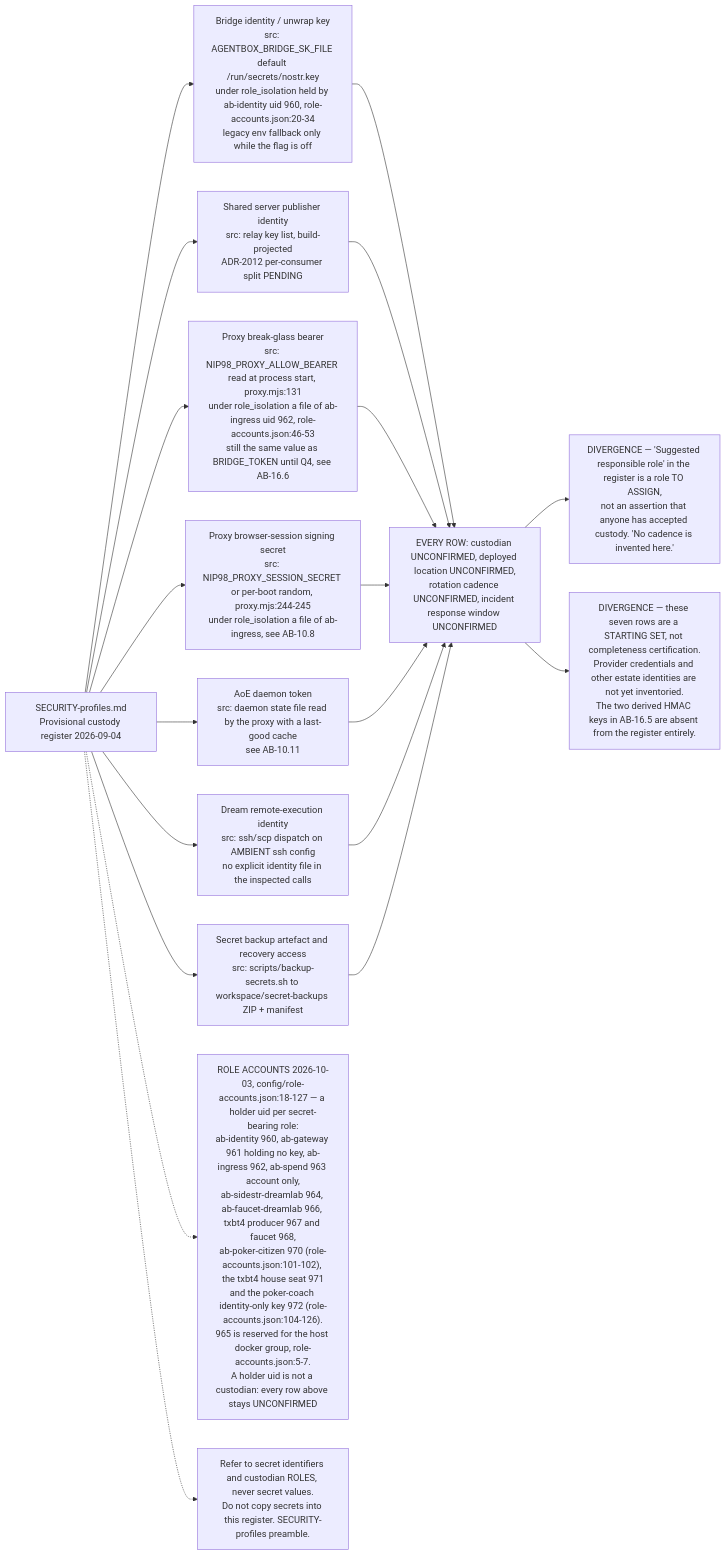
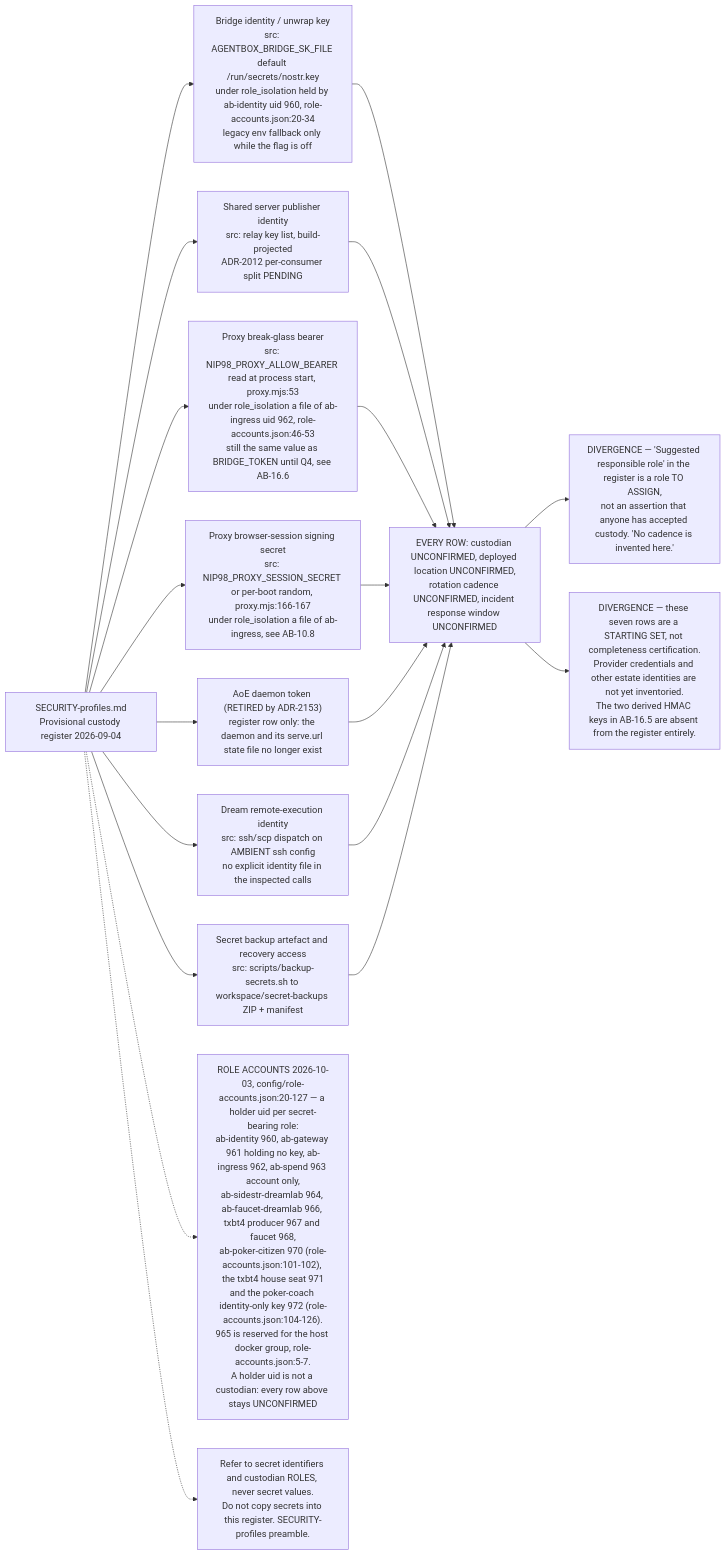
One commit to DreamLab-AI/VisionFlow changed the ninth of 14 diagrams in docs/diagrams/agentbox/16-secrets-custody-seccomp-profiles.md. Above: the diagram before and after it, drawn with Mermaid. The commit also changed other lines of this file and 145 other files, not shown here.

````diff
--- a/docs/diagrams/agentbox/16-secrets-custody-seccomp-profiles.md
+++ b/docs/diagrams/agentbox/16-secrets-custody-seccomp-profiles.md
@@ -356,22 +359,22 @@
 ```mermaid
 flowchart LR
     R["SECURITY-profiles.md<br/>Provisional custody register 2026-09-04"]
     R --> C1["Bridge identity / unwrap key<br/>src: AGENTBOX_BRIDGE_SK_FILE default /run/secrets/nostr.key<br/>under role_isolation held by ab-identity uid 960, role-accounts.json:20-34<br/>legacy env fallback only while the flag is off"]
     R --> C2["Shared server publisher identity<br/>src: relay key list, build-projected<br/>ADR-2012 per-consumer split PENDING"]
-    R --> C3["Proxy break-glass bearer<br/>src: NIP98_PROXY_ALLOW_BEARER read at process start, proxy.mjs:131<br/>under role_isolation a file of ab-ingress uid 962, role-accounts.json:46-53<br/>still the same value as BRIDGE_TOKEN until Q4, see AB-16.6"]
-    R --> C4["Proxy browser-session signing secret<br/>src: NIP98_PROXY_SESSION_SECRET or per-boot random, proxy.mjs:244-245<br/>under role_isolation a file of ab-ingress, see AB-10.8"]
-    R --> C5["AoE daemon token<br/>src: daemon state file read by the proxy with a last-good cache<br/>see AB-10.11"]
+    R --> C3["Proxy break-glass bearer<br/>src: NIP98_PROXY_ALLOW_BEARER read at process start, proxy.mjs:53<br/>under role_isolation a file of ab-ingress uid 962, role-accounts.json:46-53<br/>still the same value as BRIDGE_TOKEN until Q4, see AB-16.6"]
+    R --> C4["Proxy browser-session signing secret<br/>src: NIP98_PROXY_SESSION_SECRET or per-boot random, proxy.mjs:166-167<br/>under role_isolation a file of ab-ingress, see AB-10.8"]
+    R --> C5["AoE daemon token (RETIRED by ADR-2153)<br/>register row only: the daemon and its serve.url state file no longer exist"]
     R --> C6["Dream remote-execution identity<br/>src: ssh/scp dispatch on AMBIENT ssh config<br/>no explicit identity file in the inspected calls"]
     R --> C7["Secret backup artefact and recovery access<br/>src: scripts/backup-secrets.sh to workspace/secret-backups ZIP + manifest"]
     C1 --> U["EVERY ROW: custodian UNCONFIRMED, deployed location UNCONFIRMED,<br/>rotation cadence UNCONFIRMED, incident response window UNCONFIRMED"]
     C2 --> U
     C3 --> U
     C4 --> U
     C5 --> U
     C6 --> U
     C7 --> U
     U --> N1["DIVERGENCE — 'Suggested responsible role' in the register is a role TO ASSIGN,<br/>not an assertion that anyone has accepted custody. 'No cadence is invented here.'"]
     U --> N2["DIVERGENCE — these seven rows are a STARTING SET, not completeness certification.<br/>Provider credentials and other estate identities are not yet inventoried.<br/>The two derived HMAC keys in AB-16.5 are absent from the register entirely."]
-    R -.-> N4["ROLE ACCOUNTS 2026-10-03, config/role-accounts.json:18-127 — a holder uid per secret-bearing role:<br/>ab-identity 960, ab-gateway 961 holding no key, ab-ingress 962, ab-spend 963 account only,<br/>ab-sidestr-dreamlab 964, ab-faucet-dreamlab 966, txbt4 producer 967 and faucet 968,<br/>ab-poker-citizen 970 (role-accounts.json:101-102), the txbt4 house seat 971<br/>and the poker-coach identity-only key 972 (role-accounts.json:104-126).<br/>965 is reserved for the host docker group, role-accounts.json:5-7.<br/>A holder uid is not a custodian: every row above stays UNCONFIRMED"]
+    R -.-> N4["ROLE ACCOUNTS 2026-10-03, config/role-accounts.json:20-127 — a holder uid per secret-bearing role:<br/>ab-identity 960, ab-gateway 961 holding no key, ab-ingress 962, ab-spend 963 account only,<br/>ab-sidestr-dreamlab 964, ab-faucet-dreamlab 966, txbt4 producer 967 and faucet 968,<br/>ab-poker-citizen 970 (role-accounts.json:101-102), the txbt4 house seat 971<br/>and the poker-coach identity-only key 972 (role-accounts.json:104-126).<br/>965 is reserved for the host docker group, role-accounts.json:5-7.<br/>A holder uid is not a custodian: every row above stays UNCONFIRMED"]
     R -.-> N3["Refer to secret identifiers and custodian ROLES, never secret values.<br/>Do not copy secrets into this register. SECURITY-profiles preamble."]
 ```
````
